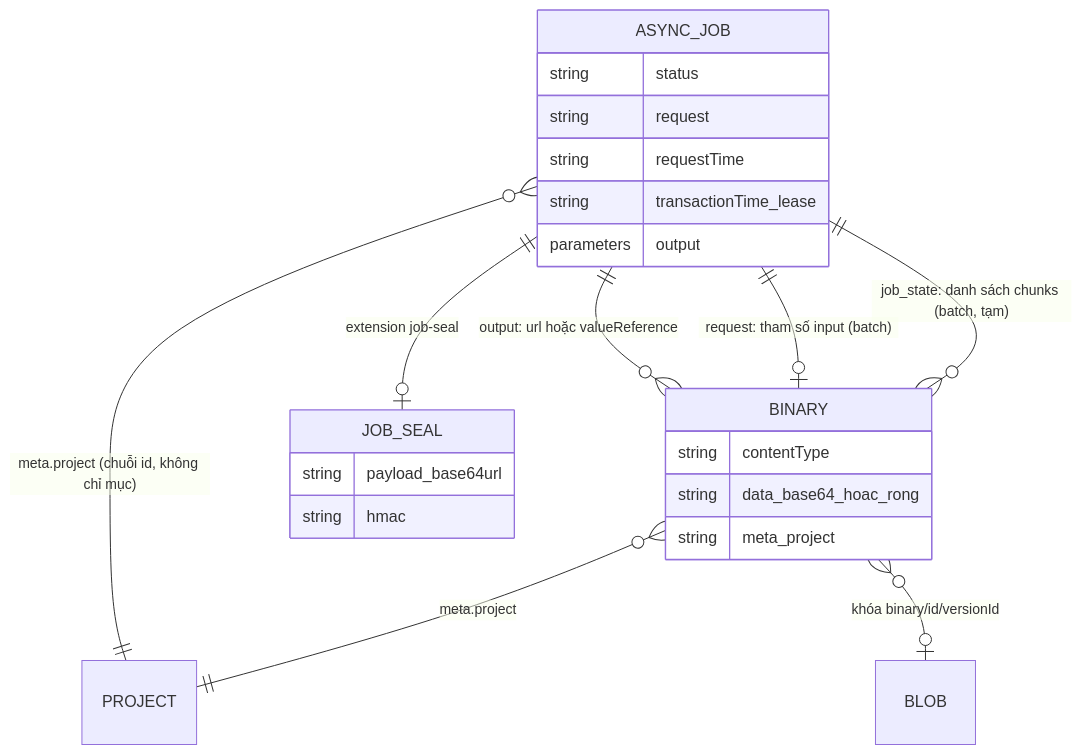
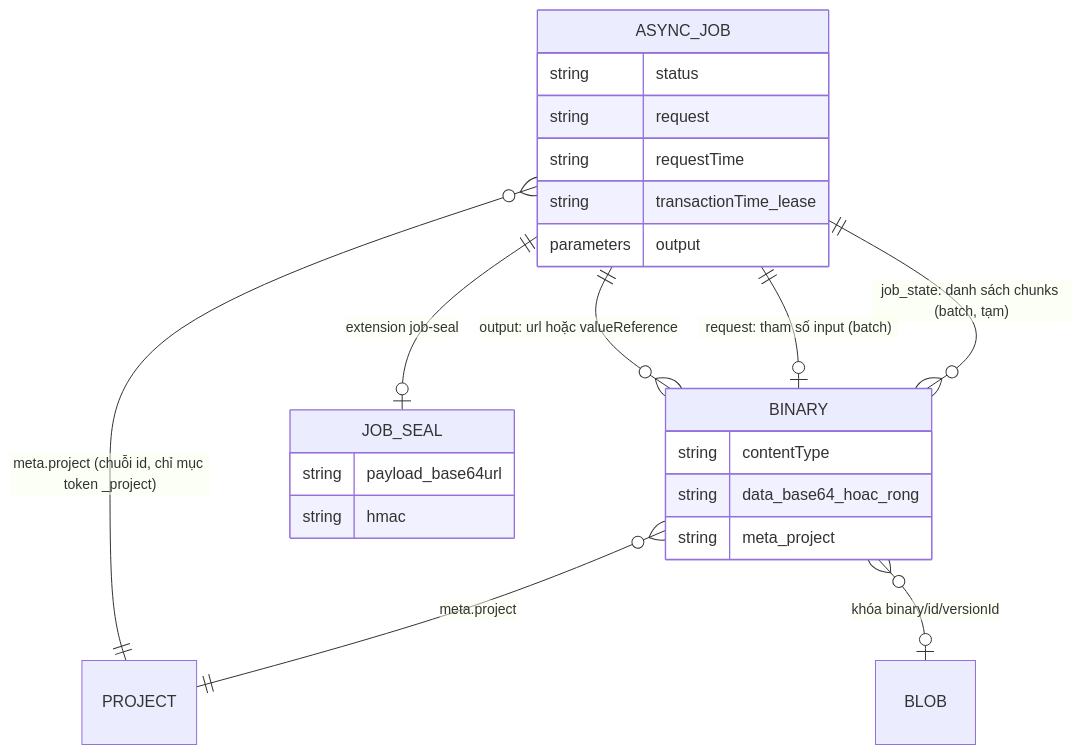
One commit to hoc-nguyenthai/medplum changed the diagram in apps/fhir-worker/docs/erd/02-mo-hinh-logic.md. Above: the diagram before and after it, drawn with Mermaid. The commit also changed 8 other files, not shown here.

Commit message:
ERD dicomweb: DicomStudy/Series/Instance, Binary, mồ côi và PHI còn lại, đo bằng STOW thật; sửa ERD auth và fhir-worker: meta.project có chỉ mục token _project

````diff
--- a/apps/fhir-worker/docs/erd/02-mo-hinh-logic.md
+++ b/apps/fhir-worker/docs/erd/02-mo-hinh-logic.md
@@ -7,26 +7,26 @@
 ```mermaid
 erDiagram
     ASYNC_JOB ||--o{ BINARY : "output: url hoặc valueReference"
     ASYNC_JOB ||--o| BINARY : "request: tham số input (batch)"
     ASYNC_JOB ||--o{ BINARY : "job_state: danh sách chunks (batch, tạm)"
-    ASYNC_JOB }o--|| PROJECT : "meta.project (chuỗi id, không chỉ mục)"
+    ASYNC_JOB }o--|| PROJECT : "meta.project (chuỗi id, chỉ mục token _project)"
     ASYNC_JOB ||--o| JOB_SEAL : "extension job-seal"
     BINARY }o--|| PROJECT : "meta.project"
     BINARY }o--o| BLOB : "khóa binary/id/versionId"
     ASYNC_JOB {
       string status
       string request
       string requestTime
       string transactionTime_lease
       parameters output
     }
     BINARY {
       string contentType
       string data_base64_hoac_rong
       string meta_project
     }
     JOB_SEAL {
       string payload_base64url
       string hmac
     }
 ```
````
